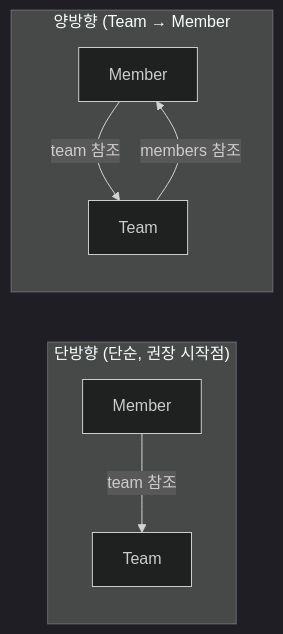
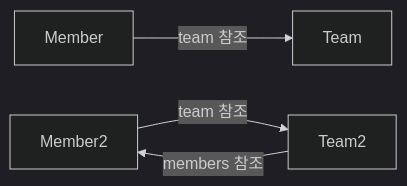
One commit to yjkim2015/yjkim2015.github.io changed the eighth of 10 diagrams in _posts/jpa/2026-05-01-jpa-fundamentals.md. Above: the diagram before and after it, drawn with Mermaid (dark theme). The commit also changed other lines of this file and 155 other files, not shown here.

First line of the commit message:
Mermaid 전면 수정: subgraph 제거, participant/노드/줄수 축소 (342블록)

````diff
--- a/_posts/jpa/2026-05-01-jpa-fundamentals.md
+++ b/_posts/jpa/2026-05-01-jpa-fundamentals.md
@@ -411,10 +404,6 @@
 ```mermaid
 graph LR
-    subgraph UNI["단방향 (단순, 권장 시작점)"]
-        M1["Member"] -->|"team 참조"| T1["Team"]
-    end
-    subgraph BI["양방향 (Team → Member"]
-        M2["Member"] -->|"team 참조"| T2["Team"]
-        T2 -->|"members 참조"| M2
-    end
+    M1["Member"] -->|"team 참조"| T1["Team"]
+    M2["Member2"] -->|"team 참조"| T2["Team2"]
+    T2 -->|"members 참조"| M2
 ```
````
